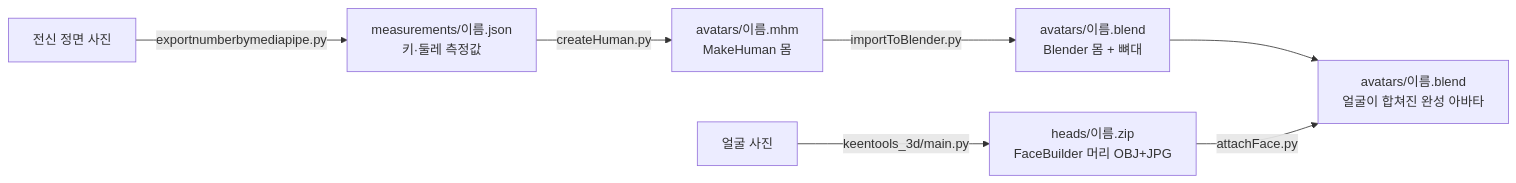
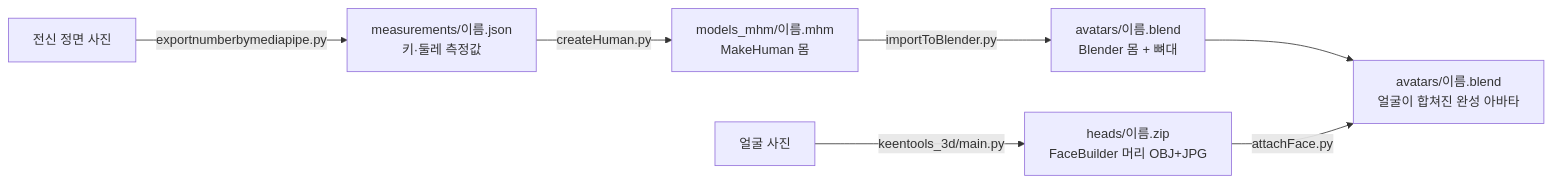
One commit to jinu829/clover changed the diagram in README.md. Above: the diagram before and after it, drawn with Mermaid. The commit also changed other lines of this file and 8 other files, not shown here.

````diff
--- a/README.md
+++ b/README.md
@@ -8,9 +8,9 @@
 ```mermaid
 flowchart LR
     A[전신 정면 사진] -->|exportnumberbymediapipe.py| B[measurements/이름.json<br/>키·둘레 측정값]
-    B -->|createHuman.py| C[avatars/이름.mhm<br/>MakeHuman 몸]
+    B -->|createHuman.py| C[models_mhm/이름.mhm<br/>MakeHuman 몸]
     C -->|importToBlender.py| D[avatars/이름.blend<br/>Blender 몸 + 뼈대]
     E[얼굴 사진] -->|keentools_3d/main.py| F[heads/이름.zip<br/>FaceBuilder 머리 OBJ+JPG]
     D --> G
     F -->|attachFace.py| G[avatars/이름.blend<br/>얼굴이 합쳐진 완성 아바타]
 ```
````
